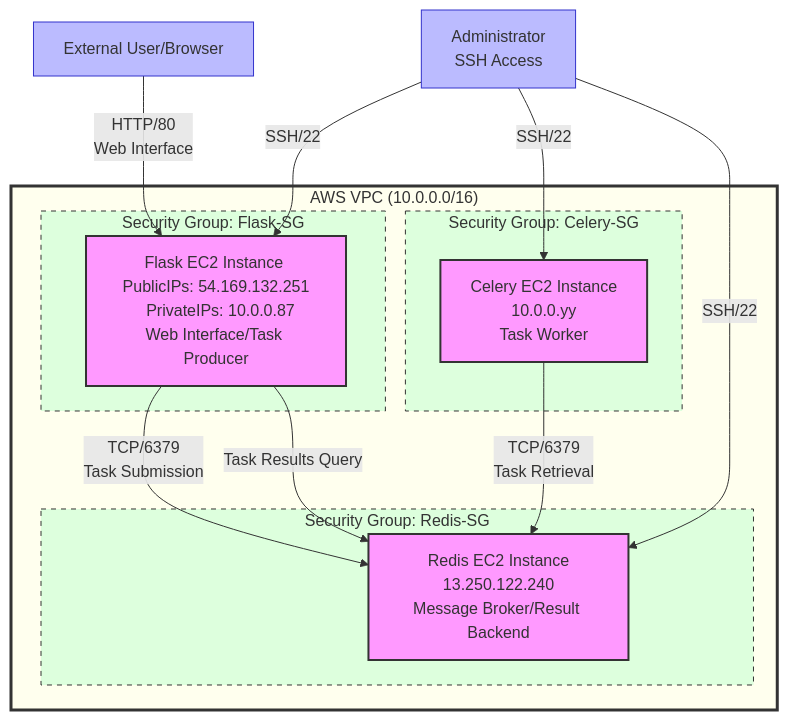
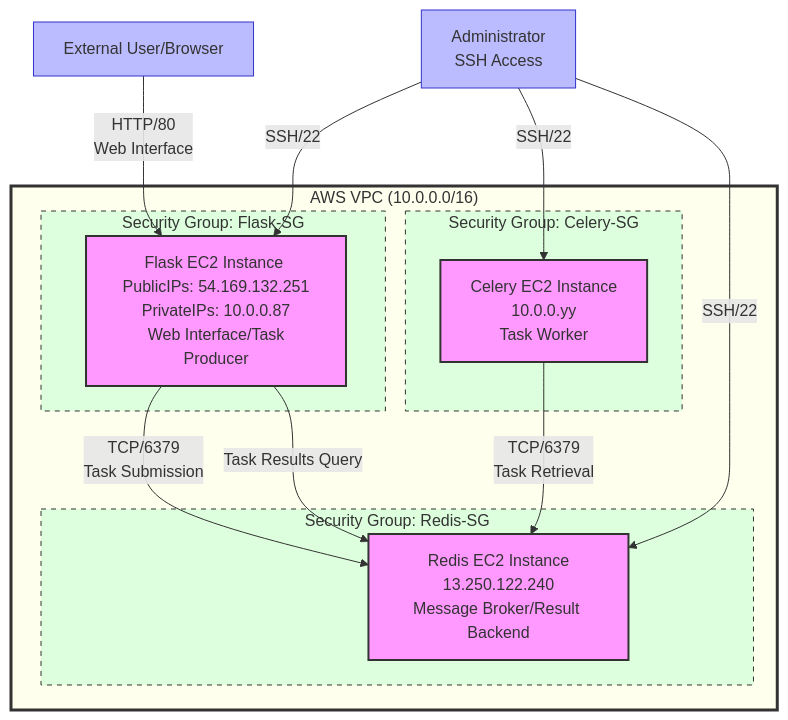
The diagram in README.md (Jilan5/Deploying-a-Distributed-Task-Queue-Architecture-on-AWS-EC2), drawn with Mermaid before and after one commit.

````diff
--- a/README.md
+++ b/README.md
@@ -23,45 +23,45 @@
 ```mermaid
 graph TD
     %% Define the VPC boundary
     subgraph AWS_VPC["AWS VPC (10.0.0.0/16)"]
         %% Define the instances
-        FlaskEC2["Flask EC2 Instance \n PublicIPs: 54.169.132.251    PrivateIPs: 10.0.0.87 \nWeb Interface/Task Producer"]
+        FlaskEC2["Flask EC2 Instance \n PublicIPs: 54.169.132.251  PrivateIPs: 10.0.0.87 \n Web Interface/Task Producer"]
         CeleryEC2["Celery EC2 Instance\n10.0.0.yy\nTask Worker"]
         RedisEC2["Redis EC2 Instance\n13.250.122.240\nMessage Broker/Result Backend"]
         
         %% Define security groups
         subgraph FlaskSG["Security Group: Flask-SG"]
             FlaskEC2
         end
         
         subgraph CelerySG["Security Group: Celery-SG"]
             CeleryEC2
         end
         
         subgraph RedisSG["Security Group: Redis-SG"]
             RedisEC2
         end
         
         %% Define connections
         FlaskEC2 -->|TCP/6379\nTask Submission| RedisEC2
         CeleryEC2 -->|TCP/6379\nTask Retrieval| RedisEC2
         FlaskEC2 -->|Task Results Query| RedisEC2
     end
     
     %% External connections
     User["External User/Browser"] -->|HTTP/80\nWeb Interface| FlaskEC2
     Admin["Administrator\nSSH Access"] -->|SSH/22| FlaskEC2
     Admin -->|SSH/22| CeleryEC2
     Admin -->|SSH/22| RedisEC2
     
     %% Styling
     classDef ec2 fill:#f9f,stroke:#333,stroke-width:2px;
     classDef sg fill:#dfd,stroke:#333,stroke-width:1px,stroke-dasharray: 5 5;
     classDef external fill:#bbf,stroke:#33c,stroke-width:1px;
     classDef vpc fill:#ffe,stroke:#333,stroke-width:3px;
     
     class FlaskEC2,CeleryEC2,RedisEC2 ec2;
     class FlaskSG,CelerySG,RedisSG sg;
     class User,Admin external;
     class AWS_VPC vpc;
 ```
````
